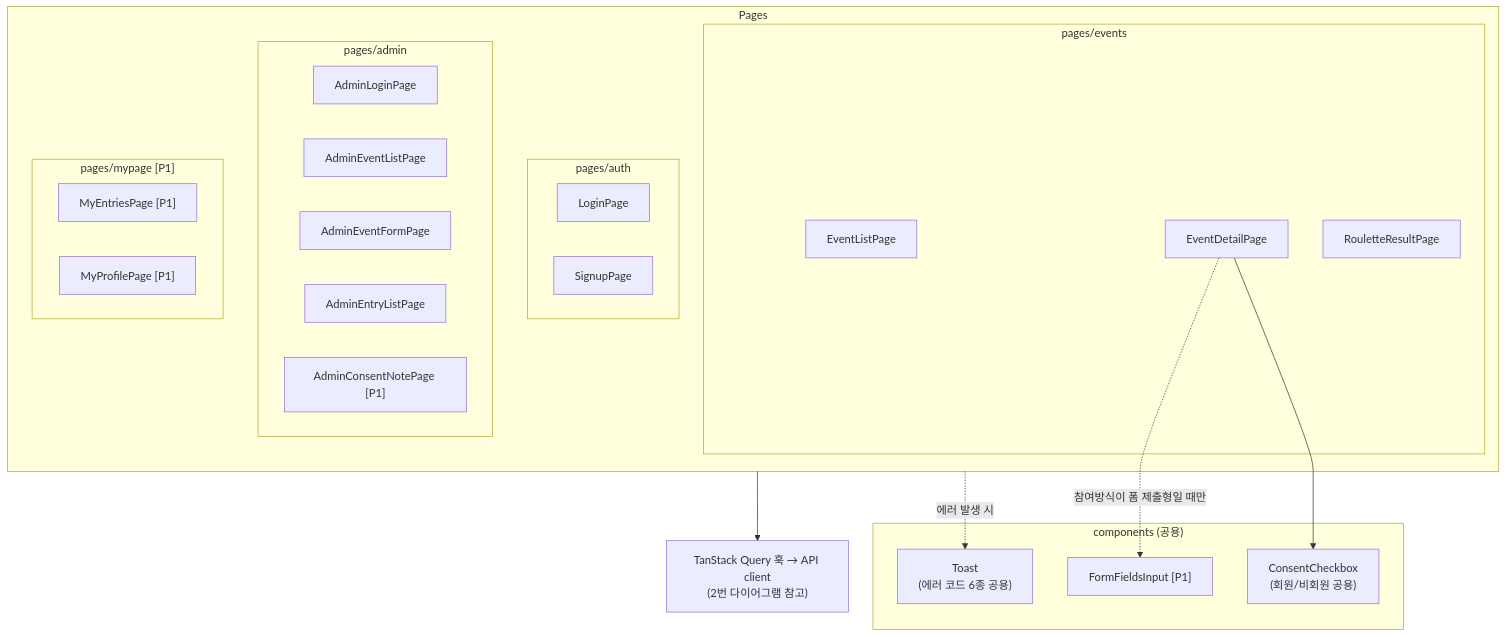
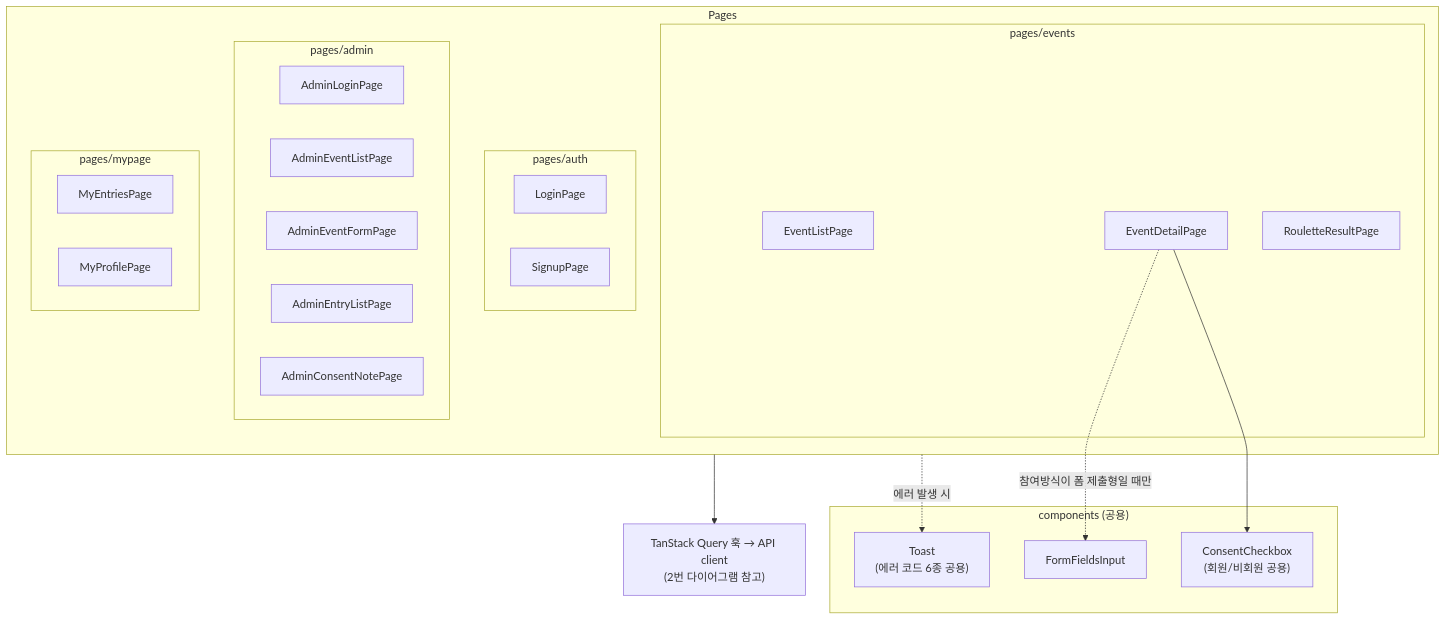
The third of 4 diagrams in docs/6-arch-diagram.md (H-Lee-plan/b2b-promo), drawn with Mermaid before and after one commit. The commit also changed other lines of this file and 108 other files, not shown here.

````diff
--- a/docs/6-arch-diagram.md
+++ b/docs/6-arch-diagram.md
@@ -70,38 +71,38 @@
 ```mermaid
 flowchart TD
     subgraph pages["Pages"]
         subgraph pEvents["pages/events"]
             EventListPage
             EventDetailPage
             RouletteResultPage
         end
         subgraph pAuth["pages/auth"]
             LoginPage
             SignupPage
         end
         subgraph pAdmin["pages/admin"]
             AdminLoginPage
             AdminEventListPage
             AdminEventFormPage
             AdminEntryListPage
-            AdminConsentNotePage["AdminConsentNotePage [P1]"]
+            AdminConsentNotePage
         end
-        subgraph pMypage["pages/mypage [P1]"]
-            MyEntriesPage["MyEntriesPage [P1]"]
-            MyProfilePage["MyProfilePage [P1]"]
+        subgraph pMypage["pages/mypage"]
+            MyEntriesPage
+            MyProfilePage
         end
     end
 
     subgraph components["components (공용)"]
         Toast["Toast<br/>(에러 코드 6종 공용)"]
         ConsentCheckbox["ConsentCheckbox<br/>(회원/비회원 공용)"]
-        FormFieldsInput["FormFieldsInput [P1]"]
+        FormFieldsInput
     end
 
     query["TanStack Query 훅 → API client<br/>(2번 다이어그램 참고)"]
 
     EventDetailPage --> ConsentCheckbox
     EventDetailPage -. "참여방식이 폼 제출형일 때만" .-> FormFieldsInput
     pages -. "에러 발생 시" .-> Toast
     pages --> query
 ```
````
